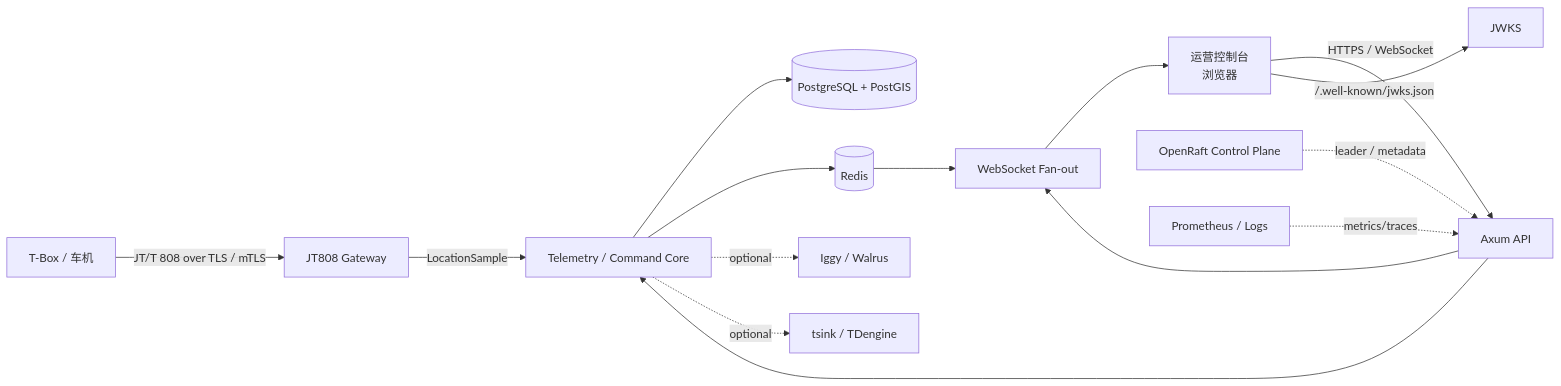
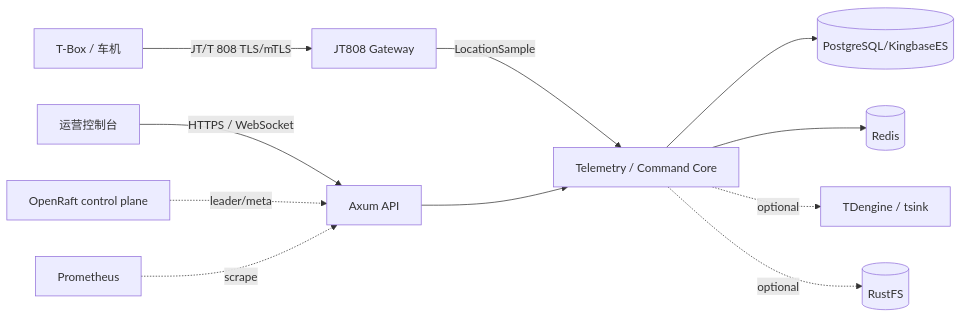
One commit to zhangmingze1913/xingtu-tsp changed the diagram in docs/ARCHITECTURE.md. Above: the diagram before and after it, drawn with Mermaid. The commit also changed other lines of this file and 11 other files, not shown here.

````diff
--- a/docs/ARCHITECTURE.md
+++ b/docs/ARCHITECTURE.md
@@ -25,17 +22,13 @@
 ```mermaid
 flowchart LR
-    TB[T-Box / 车机] -->|JT/T 808 over TLS / mTLS| GW[JT808 Gateway]
-    OPS[运营控制台<br/>浏览器] -->|HTTPS / WebSocket| API[Axum API]
-    OPS -->|/.well-known/jwks.json| JWKS[JWKS]
+    TB[T-Box / 车机] -->|JT/T 808 TLS/mTLS| GW[JT808 Gateway]
+    OPS[运营控制台] -->|HTTPS / WebSocket| API[Axum API]
     GW -->|LocationSample| CORE[Telemetry / Command Core]
     API --> CORE
-    CORE --> PG[(PostgreSQL + PostGIS)]
+    CORE --> PG[(PostgreSQL/KingbaseES)]
     CORE --> REDIS[(Redis)]
-    CORE -. optional .-> BUS[Iggy / Walrus]
-    CORE -. optional .-> TSDB[tsink / TDengine]
-    REDIS --> WS[WebSocket Fan-out]
-    WS --> OPS
-    API --> WS
-    RAFT[OpenRaft Control Plane] -. leader / metadata .-> API
-    OBS[Prometheus / Logs] -. metrics/traces .-> API
+    CORE -. optional .-> TSDB[TDengine / tsink]
+    CORE -. optional .-> S3[(RustFS)]
+    RAFT[OpenRaft control plane] -. leader/meta .-> API
+    PROM[Prometheus] -. scrape .-> API
 ```
````
